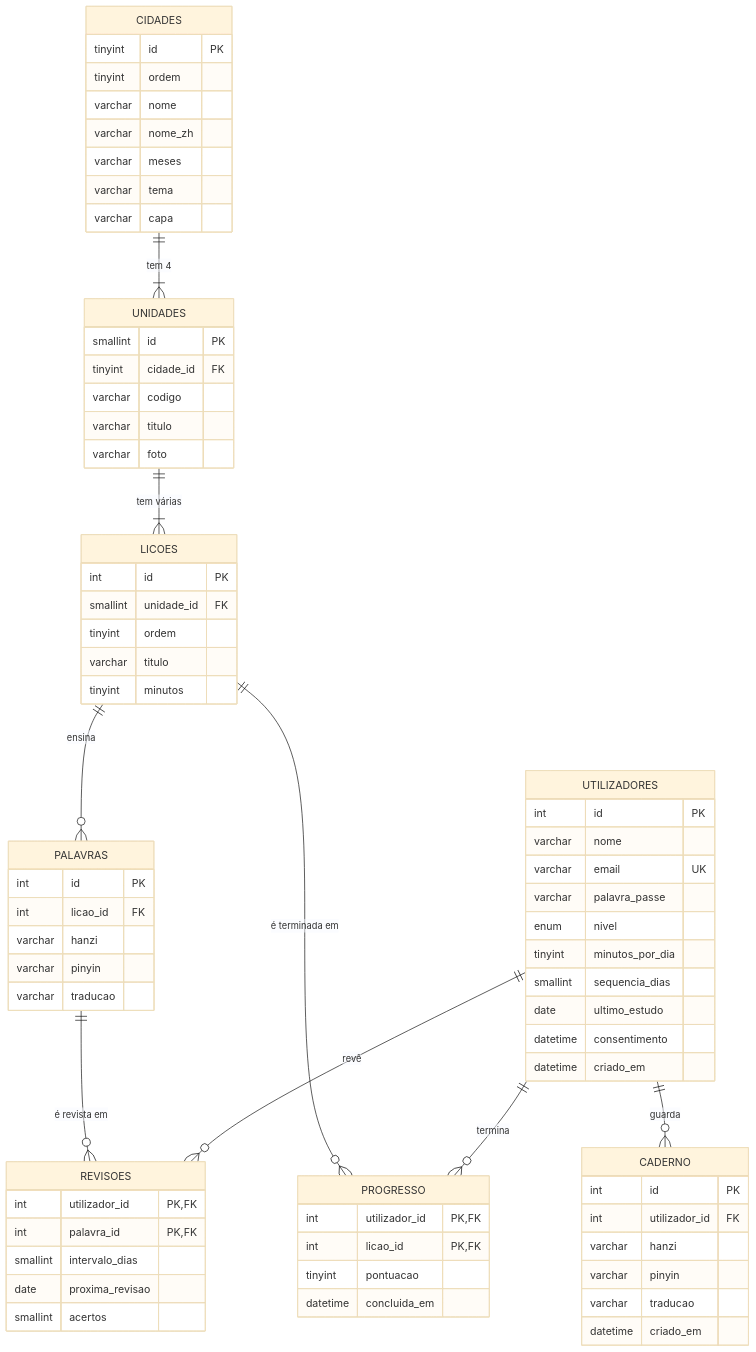
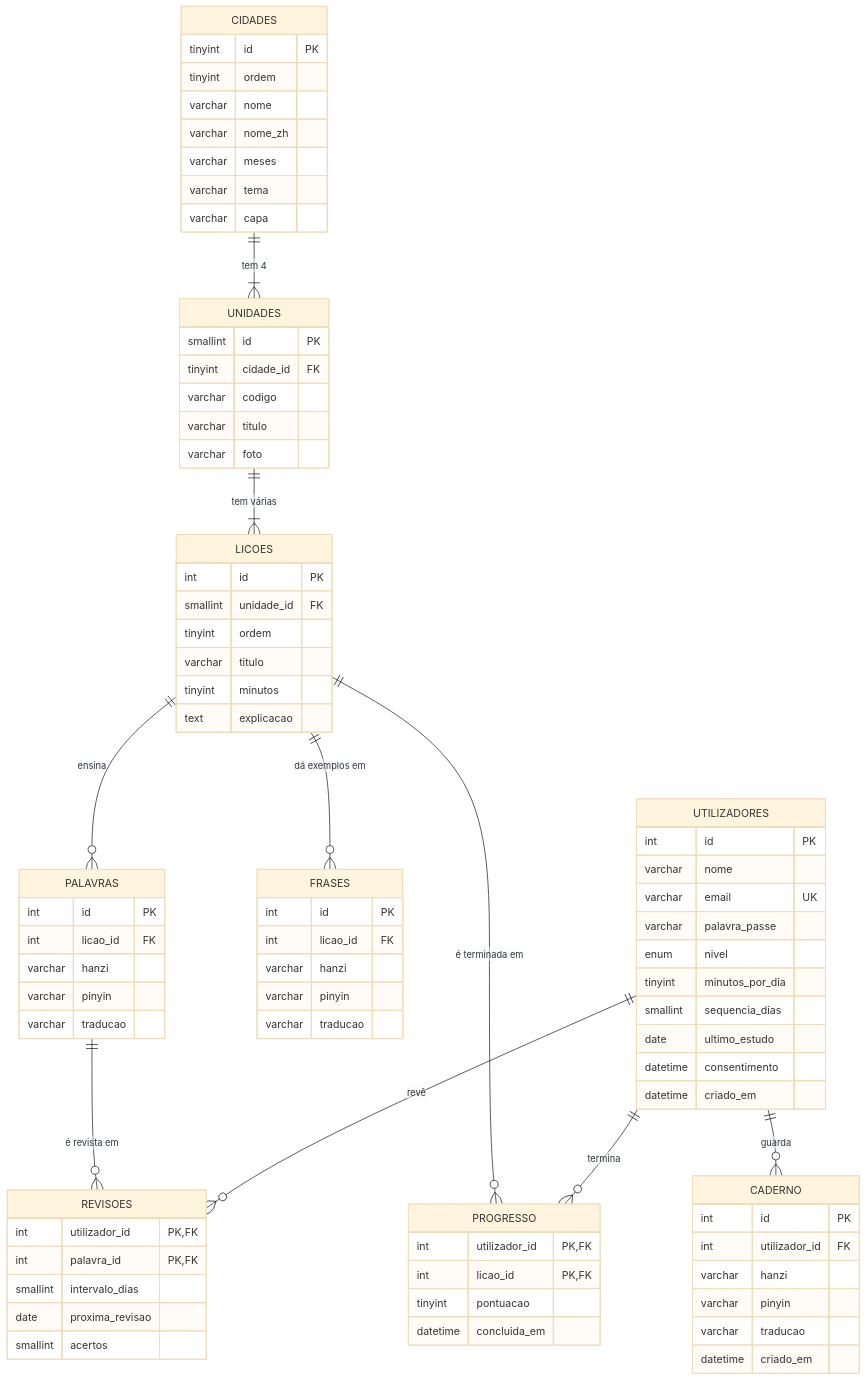
Before and after one commit to SCCPScar/MandarinCourse: the diagram in docs/base-de-dados.md, drawn with Mermaid (base theme). The commit also changed other lines of this file and 3 other files, not shown here.

```diff
--- a/docs/base-de-dados.md
+++ b/docs/base-de-dados.md
@@ -20,6 +20,7 @@
     CIDADES   ||--|{ UNIDADES  : "tem 4"
     UNIDADES  ||--|{ LICOES    : "tem várias"
     LICOES    ||--o{ PALAVRAS  : "ensina"
+    LICOES    ||--o{ FRASES    : "dá exemplos em"
     UTILIZADORES  ||--o{ PROGRESSO : "termina"
     LICOES    ||--o{ PROGRESSO : "é terminada em"
     UTILIZADORES  ||--o{ REVISOES  : "revê"
@@ -60,8 +61,16 @@
         tinyint ordem
         varchar titulo
         tinyint minutos
+        text explicacao
     }
     PALAVRAS {
+        int id PK
+        int licao_id FK
+        varchar hanzi
+        varchar pinyin
+        varchar traducao
+    }
+    FRASES {
         int id PK
         int licao_id FK
         varchar hanzi
```
